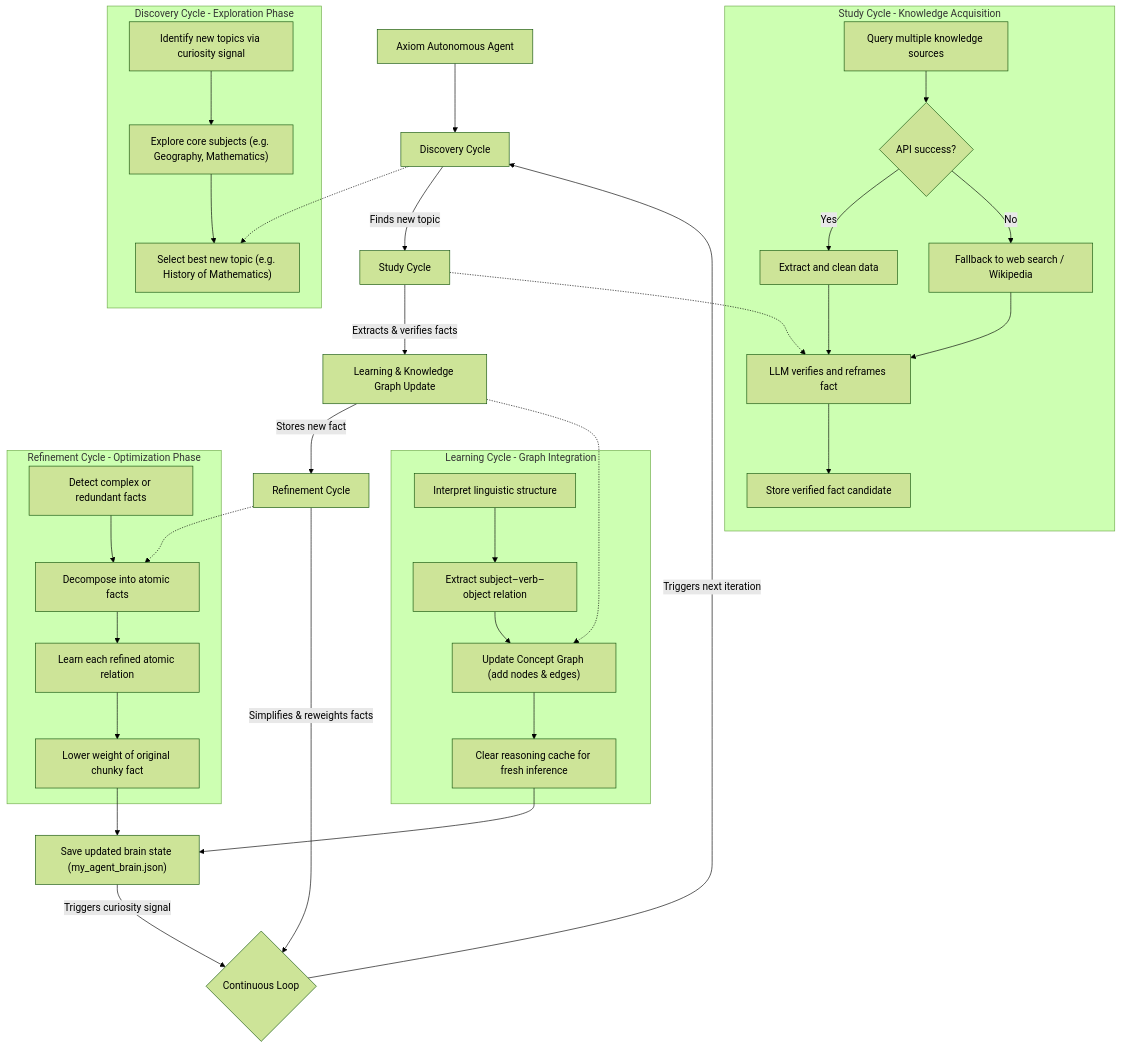
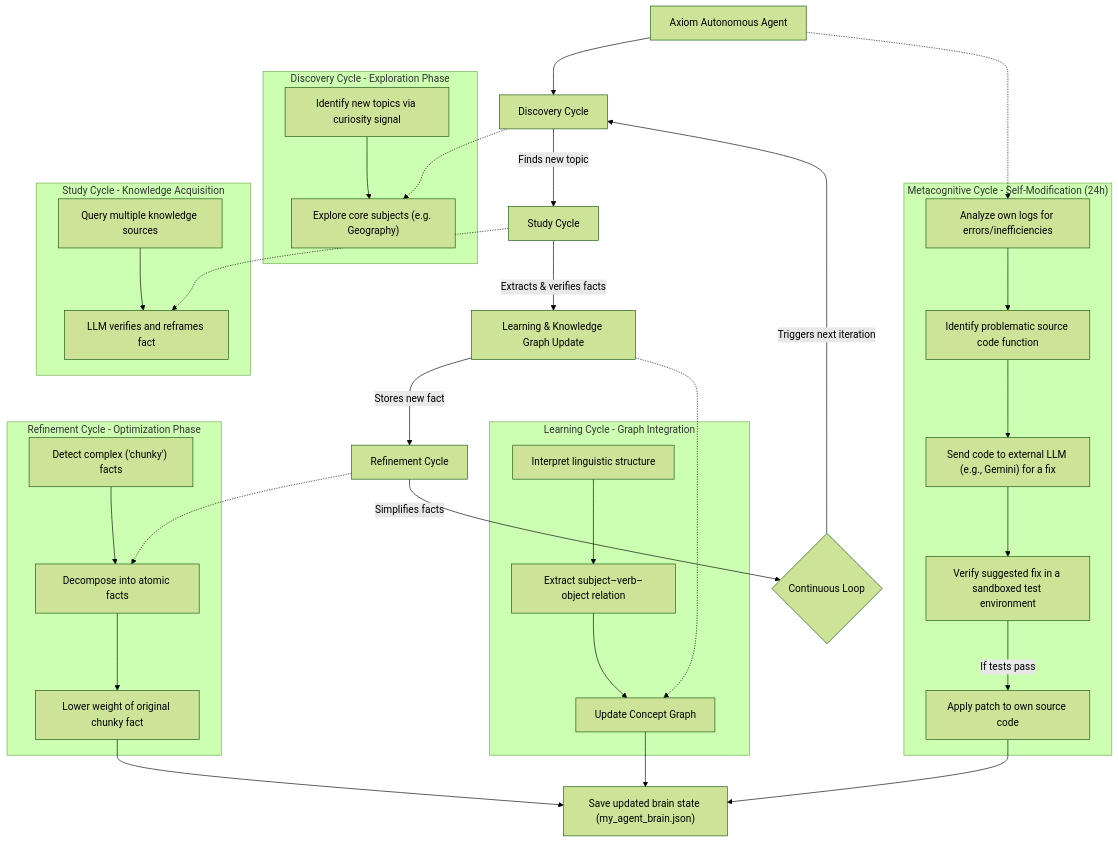
One commit to vicsanity623/Axiom-Agent changed the first of 2 diagrams in README.md. Above: the diagram before and after it, drawn with Mermaid. The commit also changed other lines of this file and 17 other files, not shown here.

Commit message:
Feat: Implement MetacognitiveEngine for autonomous self-modification

````diff
--- a/README.md
+++ b/README.md
@@ -29,61 +29,60 @@
 ```mermaid
 %%{init: {"theme": "forest"}}%%
 flowchart TD
     %% Main Loop %%
     A["Axiom Autonomous Agent"] --> B["Discovery Cycle"]
     B -->|Finds new topic| C["Study Cycle"]
     C -->|Extracts & verifies facts| D["Learning & Knowledge Graph Update"]
     D -->|Stores new fact| E["Refinement Cycle"]
-    E -->|Simplifies & reweights facts| F{"Continuous Loop"}
+    E -->|Simplifies facts| F{"Continuous Loop"}
     F -->|Triggers next iteration| B
 
+    %% Metacognitive Loop (Parallel) %%
+    subgraph META["Metacognitive Cycle - Self-Modification (24h)"]
+    M1["Analyze own logs for errors/inefficiencies"] --> M2["Identify problematic source code function"]
+    M2 --> M3["Send code to external LLM (e.g., Gemini) for a fix"]
+    M3 --> M4["Verify suggested fix in a sandboxed test environment"]
+    M4 -- "If tests pass" --> M5["Apply patch to own source code"]
+    end
+    A -.-> M1
+
     %% Discovery Cycle %%
-    subgraph DISCOVERY [Discovery Cycle - Exploration Phase]
-      D1A["Identify new topics via curiosity signal"]
-      D1B["Explore core subjects (e.g. Geography, Mathematics)"]
-      D1C["Select best new topic (e.g. History of Mathematics)"]
-      D1A --> D1B --> D1C
+    subgraph DISCOVERY["Discovery Cycle - Exploration Phase"]
+    D1A["Identify new topics via curiosity signal"]
+    D1B["Explore core subjects (e.g. Geography)"]
+    D1A --> D1B
     end
-    B -.-> D1C
+    B -.-> D1B
 
     %% Study Cycle %%
-    subgraph STUDY [Study Cycle - Knowledge Acquisition]
-      S1["Query multiple knowledge sources"]
-      S2{"API success?"}
-      S1 --> S2
-      S2 -- Yes --> S3["Extract and clean data"]
-      S2 -- No --> S4["Fallback to web search / Wikipedia"]
-      S3 --> S5["LLM verifies and reframes fact"]
-      S4 --> S5
-      S5 --> S6["Store verified fact candidate"]
+    subgraph STUDY["Study Cycle - Knowledge Acquisition"]
+    S1["Query multiple knowledge sources"]
+    S5["LLM verifies and reframes fact"]
+    S1 --> S5
     end
     C -.-> S5
 
     %% Learning Cycle %%
-    subgraph LEARN [Learning Cycle - Graph Integration]
-      L1["Interpret linguistic structure"]
-      L2["Extract subject–verb–object relation"]
-      L3["Update Concept Graph (add nodes & edges)"]
-      L4["Clear reasoning cache for fresh inference"]
-      L1 --> L2 --> L3 --> L4
+    subgraph LEARN["Learning Cycle - Graph Integration"]
+    L1["Interpret linguistic structure"]
+    L2["Extract subject–verb–object relation"]
+    L3["Update Concept Graph"]
+    L1 --> L2 --> L3
     end
     D -.-> L3
 
     %% Refinement Cycle %%
-    subgraph REFINE [Refinement Cycle - Optimization Phase]
-      R1["Detect complex or redundant facts"]
-      R2["Decompose into atomic facts"]
-      R3["Learn each refined atomic relation"]
-      R4["Lower weight of original chunky fact"]
-      R1 --> R2 --> R3 --> R4
+    subgraph REFINE["Refinement Cycle - Optimization Phase"]
+    R1["Detect complex ('chunky') facts"]
+    R2["Decompose into atomic facts"]
+    R4["Lower weight of original chunky fact"]
+    R1 --> R2 --> R4
     end
     E -.-> R2
 
     %% Persistence %%
     P["Save updated brain state (my_agent_brain.json)"]
-    L4 --> P
+    L3 --> P
     R4 --> P
-
-    %% Feedback %%
-    P -->|Triggers curiosity signal| F
+    M5 --> P
 ```
````
